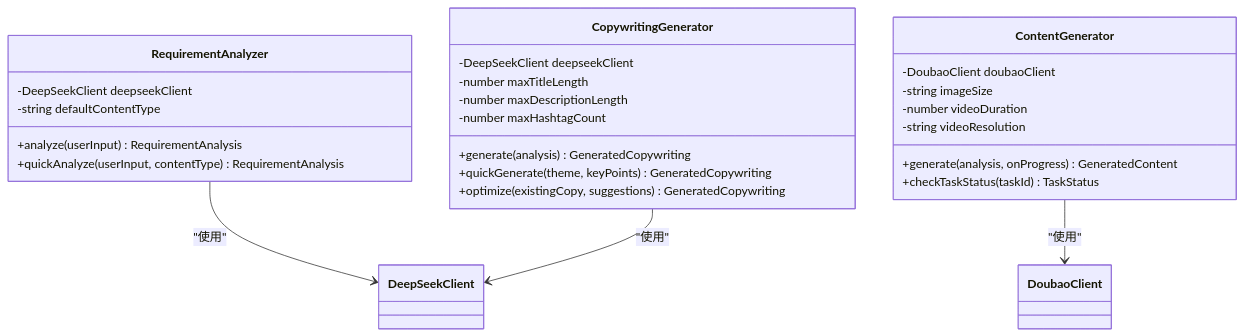
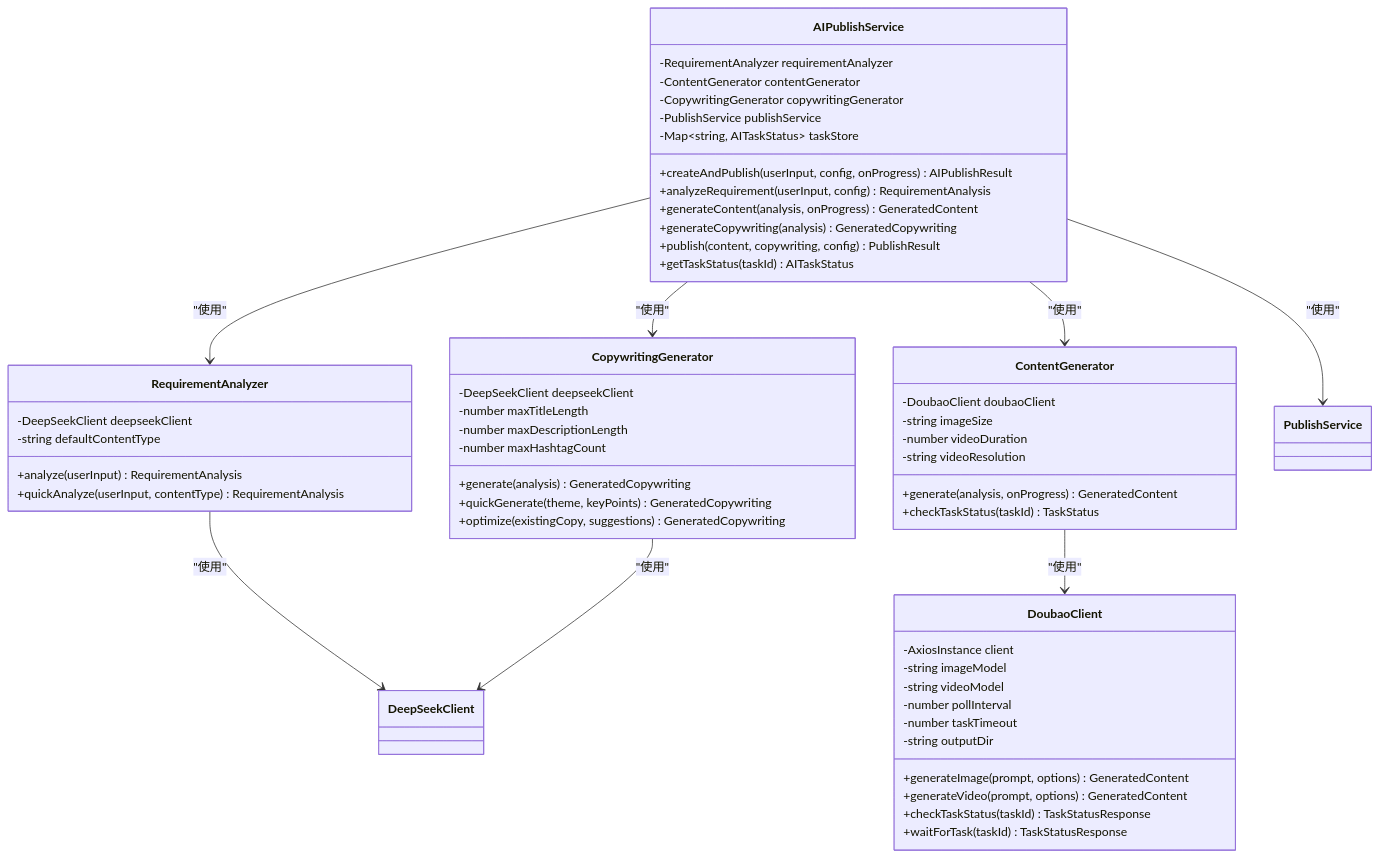
One commit to songdiyang/clawOperations changed the third of 10 diagrams in .qoder/repowiki/zh/content/核心模块详解/AI内容生成系统.md. Above: the diagram before and after it, drawn with Mermaid. The commit also changed other lines of this file and 5 other files, not shown here.

````diff
--- a/.qoder/repowiki/zh/content/核心模块详解/AI内容生成系统.md
+++ b/.qoder/repowiki/zh/content/核心模块详解/AI内容生成系统.md
@@ -149,29 +163,58 @@
 ```mermaid
 classDiagram
 class RequirementAnalyzer {
 -DeepSeekClient deepseekClient
 -string defaultContentType
 +analyze(userInput) RequirementAnalysis
 +quickAnalyze(userInput, contentType) RequirementAnalysis
 }
 class ContentGenerator {
 -DoubaoClient doubaoClient
 -string imageSize
 -number videoDuration
 -string videoResolution
 +generate(analysis, onProgress) GeneratedContent
 +checkTaskStatus(taskId) TaskStatus
 }
 class CopywritingGenerator {
 -DeepSeekClient deepseekClient
 -number maxTitleLength
 -number maxDescriptionLength
 -number maxHashtagCount
 +generate(analysis) GeneratedCopywriting
 +quickGenerate(theme, keyPoints) GeneratedCopywriting
 +optimize(existingCopy, suggestions) GeneratedCopywriting
 }
+class DoubaoClient {
+-AxiosInstance client
+-string imageModel
+-string videoModel
+-number pollInterval
+-number taskTimeout
+-string outputDir
++generateImage(prompt, options) GeneratedContent
++generateVideo(prompt, options) GeneratedContent
++checkTaskStatus(taskId) TaskStatusResponse
++waitForTask(taskId) TaskStatusResponse
+}
+class AIPublishService {
+-RequirementAnalyzer requirementAnalyzer
+-ContentGenerator contentGenerator
+-CopywritingGenerator copywritingGenerator
+-PublishService publishService
+-Map~string, AITaskStatus~ taskStore
++createAndPublish(userInput, config, onProgress) AIPublishResult
++analyzeRequirement(userInput, config) RequirementAnalysis
++generateContent(analysis, onProgress) GeneratedContent
++generateCopywriting(analysis) GeneratedCopywriting
++publish(content, copywriting, config) PublishResult
++getTaskStatus(taskId) AITaskStatus
+}
 RequirementAnalyzer --> DeepSeekClient : "使用"
 ContentGenerator --> DoubaoClient : "使用"
 CopywritingGenerator --> DeepSeekClient : "使用"
+AIPublishService --> RequirementAnalyzer : "使用"
+AIPublishService --> ContentGenerator : "使用"
+AIPublishService --> CopywritingGenerator : "使用"
+AIPublishService --> PublishService : "使用"
 ```
````
